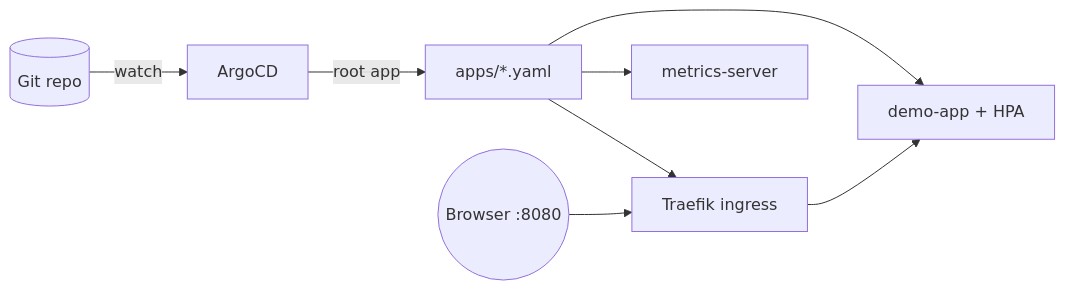
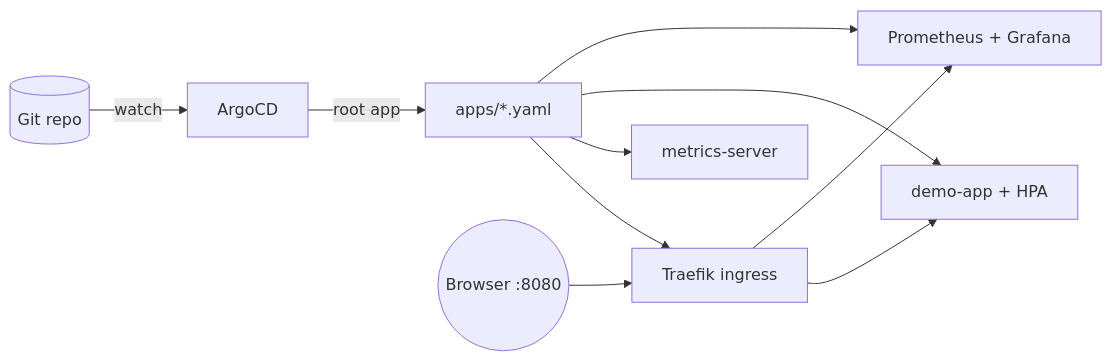
One commit to rafli2460/argocd-gitops-platform changed the diagram in README.md. Above: the diagram before and after it, drawn with Mermaid. The commit also changed other lines of this file and 3 other files, not shown here.

Commit message:
monitoring: add kube-prometheus-stack with Grafana at grafana.localtest.me

````diff
--- a/README.md
+++ b/README.md
@@ -8,9 +8,11 @@
 ```mermaid
 flowchart LR
   Git[(Git repo)] -->|watch| Argo[ArgoCD]
   Argo -->|root app| Apps[apps/*.yaml]
   Apps --> Traefik[Traefik ingress]
   Apps --> MS[metrics-server]
   Apps --> Demo[demo-app + HPA]
+  Apps --> Mon[Prometheus + Grafana]
   User((Browser :8080)) --> Traefik --> Demo
+  Traefik --> Mon
 ```
````
